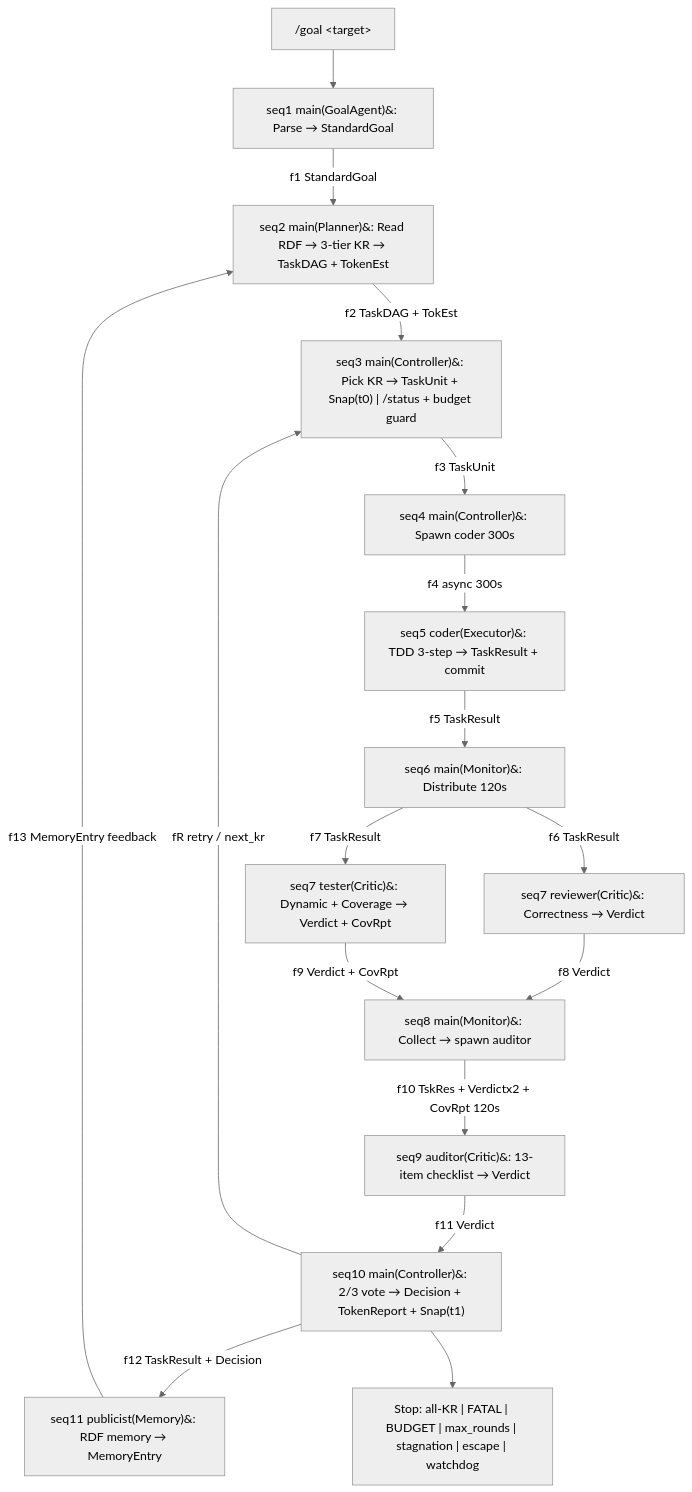
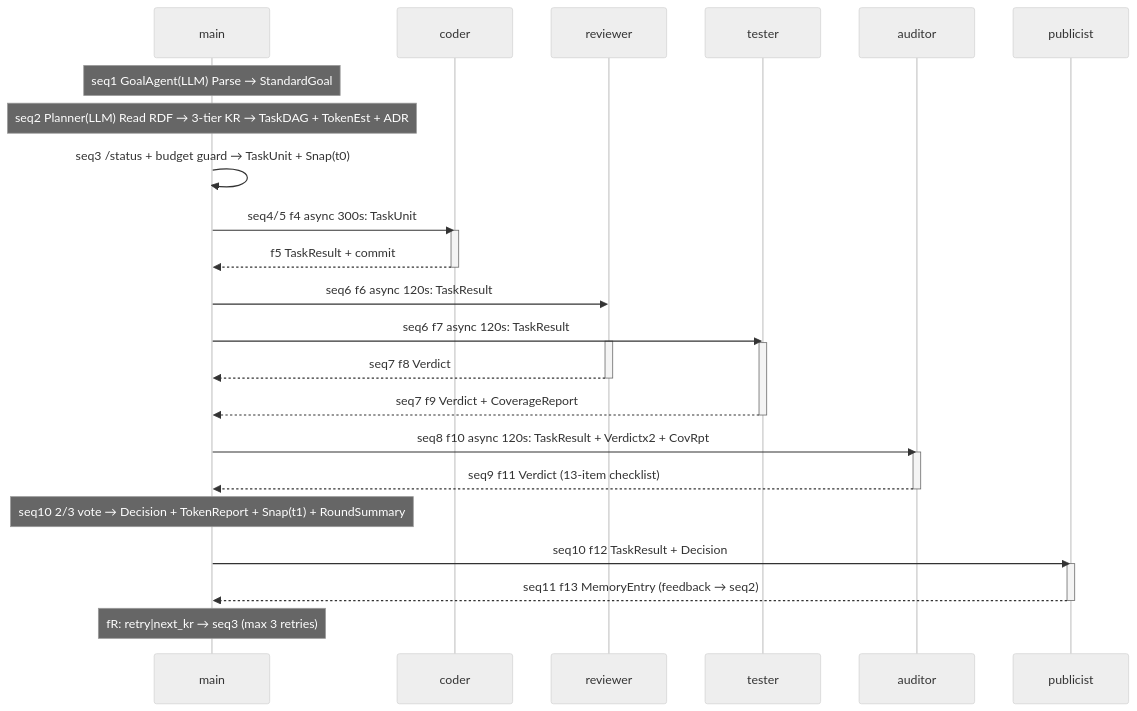
The first of 2 diagrams in README.md (iFeel-is-a-mouse/openclaw-teamloop-flow), drawn with Mermaid (neutral theme) before and after one commit. The commit also changed other lines of this file, not shown here.

Commit message:
Switch to Mermaid sequenceDiagram

````diff
--- a/README.md
+++ b/README.md
@@ -9,34 +9,41 @@
 ```mermaid
-flowchart TD
-    GOAL["/goal &lt;target&gt;"]
-    S1["seq1 main(GoalAgent)&#58; Parse → StandardGoal"]
-    S2["seq2 main(Planner)&#58; Read RDF → 3-tier KR → TaskDAG + TokenEst"]
-    S3["seq3 main(Controller)&#58; Pick KR → TaskUnit + Snap(t0) | /status + budget guard"]
-    S4["seq4 main(Controller)&#58; Spawn coder 300s"]
-    S5["seq5 coder(Executor)&#58; TDD 3-step → TaskResult + commit"]
-    S6["seq6 main(Monitor)&#58; Distribute 120s"]
-    S7R["seq7 reviewer(Critic)&#58; Correctness → Verdict"]
-    S7T["seq7 tester(Critic)&#58; Dynamic + Coverage → Verdict + CovRpt"]
-    S8["seq8 main(Monitor)&#58; Collect → spawn auditor"]
-    S9["seq9 auditor(Critic)&#58; 13-item checklist → Verdict"]
-    S10["seq10 main(Controller)&#58; 2/3 vote → Decision + TokenReport + Snap(t1)"]
-    S11["seq11 publicist(Memory)&#58; RDF memory → MemoryEntry"]
-    STOP["Stop: all-KR | FATAL | BUDGET | max_rounds | stagnation | escape | watchdog"]
+sequenceDiagram
+    participant main
+    participant coder
+    participant reviewer
+    participant tester
+    participant auditor
+    participant publicist
 
-    GOAL --> S1
-    S1 -->|"f1 StandardGoal"| S2
-    S2 -->|"f2 TaskDAG + TokEst"| S3
-    S3 -->|"f3 TaskUnit"| S4
-    S4 -->|"f4 async 300s"| S5
-    S5 -->|"f5 TaskResult"| S6
-    S6 -->|"f6 TaskResult"| S7R
-    S6 -->|"f7 TaskResult"| S7T
-    S7R -->|"f8 Verdict"| S8
-    S7T -->|"f9 Verdict + CovRpt"| S8
-    S8 -->|"f10 TskRes + Verdictx2 + CovRpt 120s"| S9
-    S9 -->|"f11 Verdict"| S10
-    S10 -->|"f12 TaskResult + Decision"| S11
-    S11 -->|"f13 MemoryEntry feedback"| S2
-    S10 -->|"fR retry / next_kr"| S3
-    S10 --> STOP
+    Note over main: seq1 GoalAgent(LLM) Parse → StandardGoal
+    Note over main: seq2 Planner(LLM) Read RDF → 3-tier KR → TaskDAG + TokenEst + ADR
+
+    main->>main: seq3 /status + budget guard → TaskUnit + Snap(t0)
+    main->>coder: seq4/5 f4 async 300s: TaskUnit
+    activate coder
+    coder-->>main: f5 TaskResult + commit
+    deactivate coder
+
+    main->>reviewer: seq6 f6 async 120s: TaskResult
+    main->>tester: seq6 f7 async 120s: TaskResult
+    activate reviewer
+    activate tester
+    reviewer-->>main: seq7 f8 Verdict
+    deactivate reviewer
+    tester-->>main: seq7 f9 Verdict + CoverageReport
+    deactivate tester
+
+    main->>auditor: seq8 f10 async 120s: TaskResult + Verdictx2 + CovRpt
+    activate auditor
+    auditor-->>main: seq9 f11 Verdict (13-item checklist)
+    deactivate auditor
+
+    Note over main: seq10 2/3 vote → Decision + TokenReport + Snap(t1) + RoundSummary
+
+    main->>publicist: seq10 f12 TaskResult + Decision
+    activate publicist
+    publicist-->>main: seq11 f13 MemoryEntry (feedback → seq2)
+    deactivate publicist
+
+    Note over main: fR: retry|next_kr → seq3 (max 3 retries)
 ```
````
